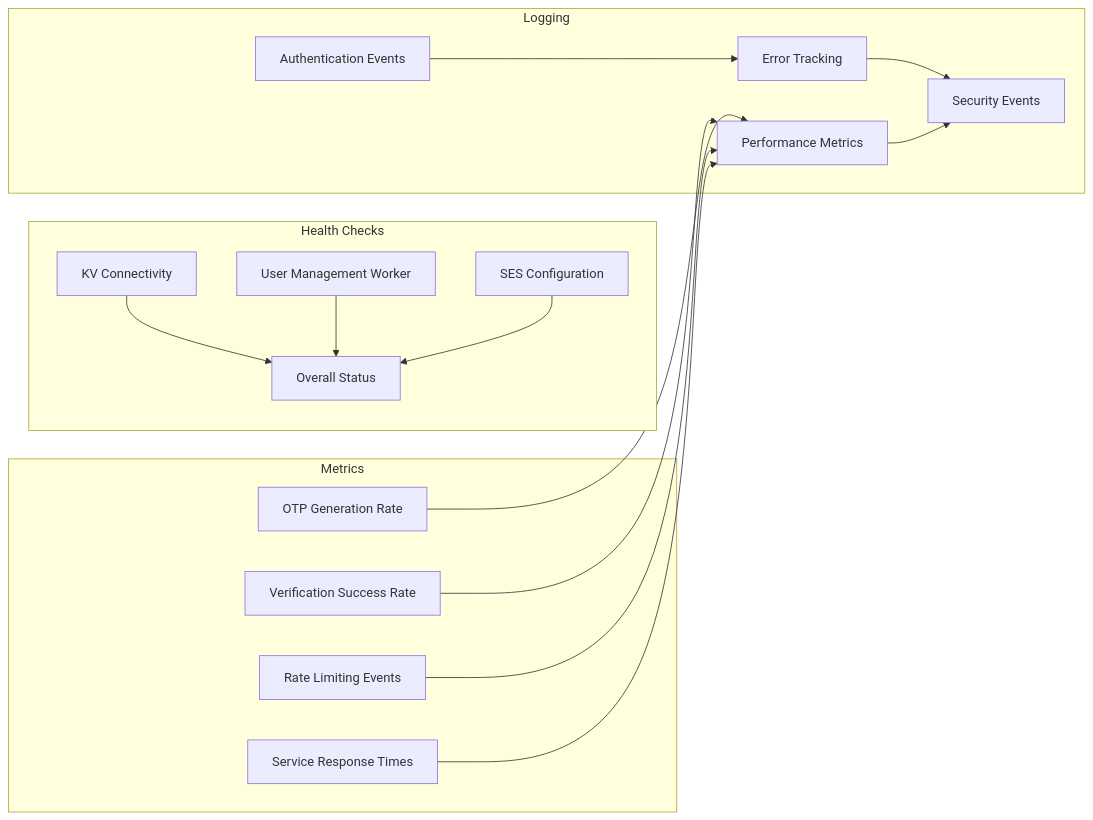
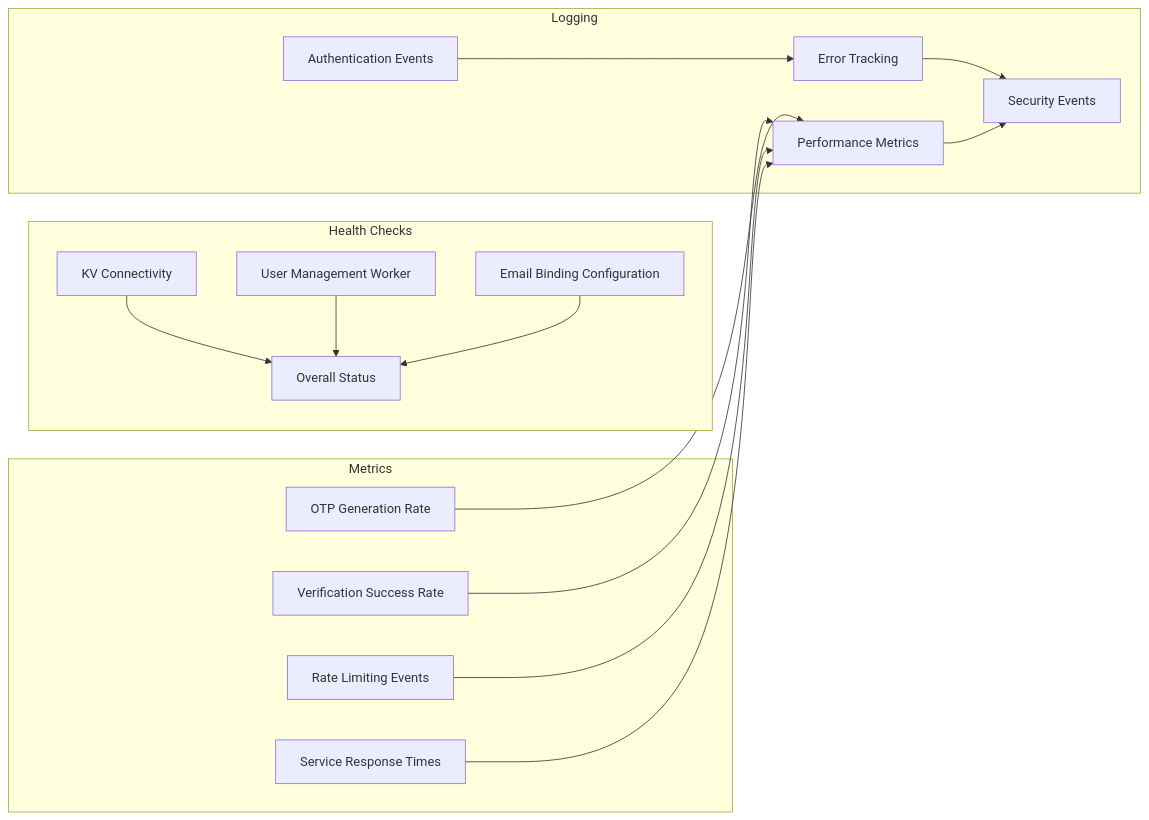
The sixth of 6 diagrams in auth-worker/ARCHITECTURE.md (NolanFoster/seasoned-app), drawn with Mermaid before and after one commit. The commit also changed other lines of this file and 20 other files, not shown here.

````diff
--- a/auth-worker/ARCHITECTURE.md
+++ b/auth-worker/ARCHITECTURE.md
@@ -271,36 +271,36 @@
 ```mermaid
 graph LR
     subgraph "Health Checks"
         A[KV Connectivity]
         B[User Management Worker]
-        C[SES Configuration]
+        C[Email Binding Configuration]
         D[Overall Status]
     end
     
     subgraph "Metrics"
         E[OTP Generation Rate]
         F[Verification Success Rate]
         G[Rate Limiting Events]
         H[Service Response Times]
     end
     
     subgraph "Logging"
         I[Authentication Events]
         J[Error Tracking]
         K[Performance Metrics]
         L[Security Events]
     end
     
     A --> D
     B --> D
     C --> D
     
     E --> K
     F --> K
     G --> K
     H --> K
     
     I --> J
     J --> L
     K --> L
 ```
````
